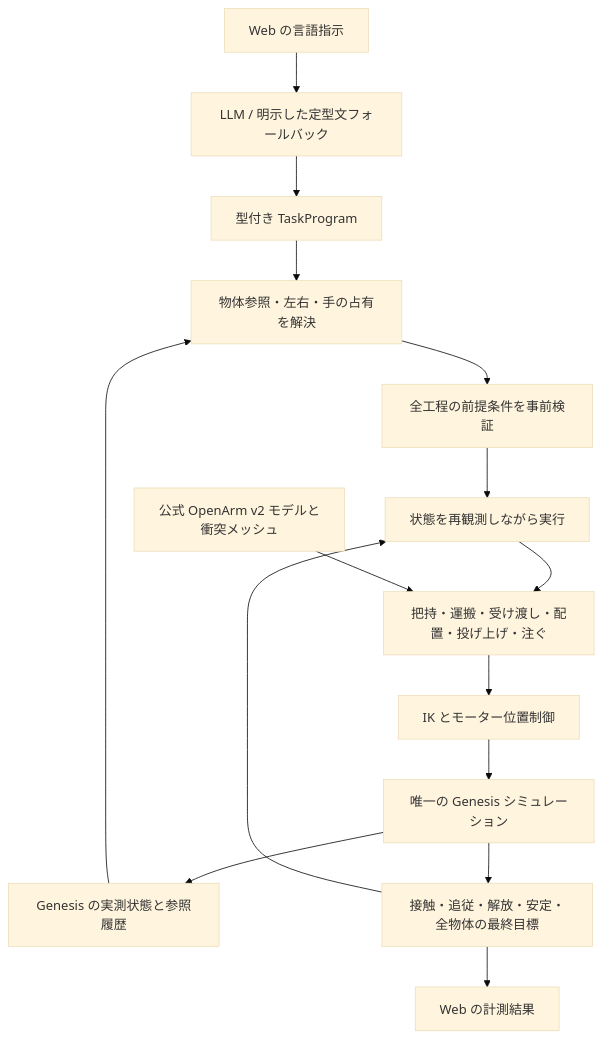
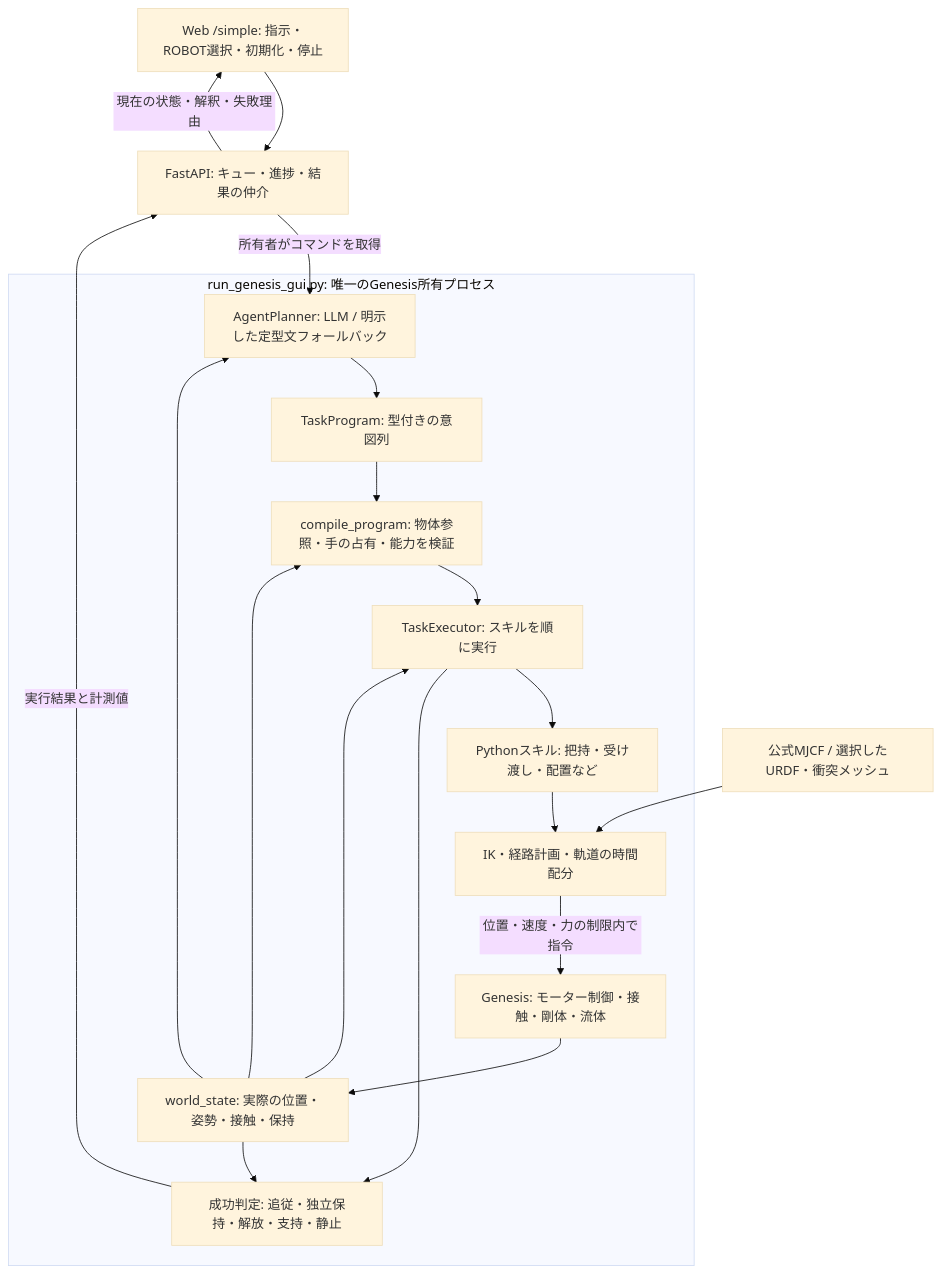
The diagram in README.md (syun88/Sim-Agent), drawn with Mermaid (base theme) before and after one commit. The commit also changed other lines of this file and 1 other file, not shown here.

Commit message:
Document runtime architecture, planning, skills and current limits

````diff
--- a/README.md
+++ b/README.md
@@ -330,17 +65,29 @@
 ```mermaid
 flowchart TD
-    Input[Web の言語指示] --> Language[LLM / 明示した定型文フォールバック]
-    Language --> Program[型付き TaskProgram]
-    Scene[Genesis の実測状態と参照履歴] --> Grounding[物体参照・左右・手の占有を解決]
-    Program --> Grounding
-    Grounding --> Validator[全工程の前提条件を事前検証]
-    Validator --> Executor[状態を再観測しながら実行]
-    Executor --> Skills[把持・運搬・受け渡し・配置・投げ上げ・注ぐ]
-    Model[公式 OpenArm v2 モデルと衝突メッシュ] --> Skills
-    Skills --> IK[IK とモーター位置制御]
-    IK --> Genesis[唯一の Genesis シミュレーション]
-    Genesis --> Scene
-    Genesis --> Check[接触・追従・解放・安定・全物体の最終目標]
-    Check --> Executor
-    Check --> Results[Web の計測結果]
+    UI["Web /simple: 指示・ROBOT選択・初期化・停止"]
+    Broker["FastAPI: キュー・進捗・結果の仲介"]
+    UI --> Broker
+    subgraph Native["run_genesis_gui.py: 唯一のGenesis所有プロセス"]
+        Language["AgentPlanner: LLM / 明示した定型文フォールバック"]
+        Program["TaskProgram: 型付きの意図列"]
+        Compiler["compile_program: 物体参照・手の占有・能力を検証"]
+        Executor["TaskExecutor: スキルを順に実行"]
+        Skills["Pythonスキル: 把持・受け渡し・配置など"]
+        Motion["IK・経路計画・軌道の時間配分"]
+        Genesis["Genesis: モーター制御・接触・剛体・流体"]
+        Observe["world_state: 実際の位置・姿勢・接触・保持"]
+        Verify["成功判定: 追従・独立保持・解放・支持・静止"]
+        Language --> Program --> Compiler --> Executor --> Skills --> Motion
+        Motion -->|"位置・速度・力の制限内で指令"| Genesis
+        Genesis --> Observe
+        Observe --> Language
+        Observe --> Compiler
+        Observe --> Executor
+        Observe --> Verify
+        Executor --> Verify
+    end
+    Broker -->|"所有者がコマンドを取得"| Language
+    Verify -->|"実行結果と計測値"| Broker
+    Broker -->|"現在の状態・解釈・失敗理由"| UI
+    Model["公式MJCF / 選択したURDF・衝突メッシュ"] --> Motion
 ```
````
